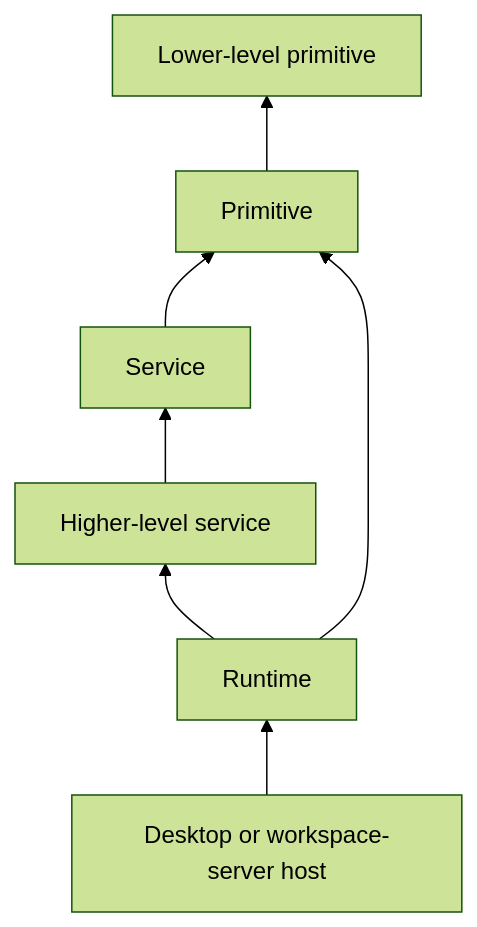
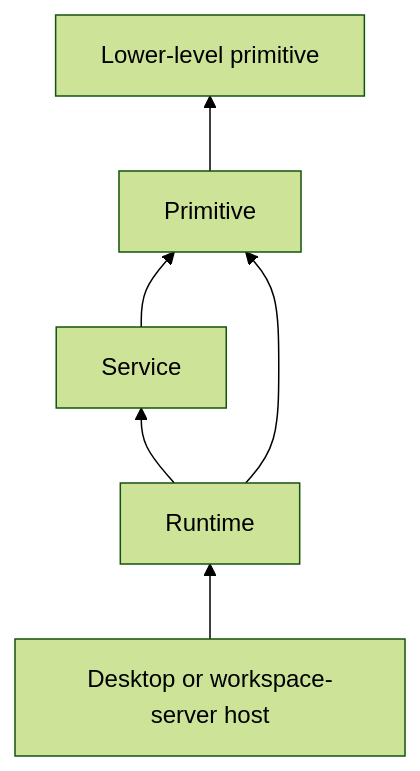
One commit to generalaction/emdash changed the diagram in agents/architecture/core-modules.md. Above: the diagram before and after it, drawn with Mermaid (forest theme). The commit also changed other lines of this file and 42 other files, not shown here.

````diff
--- a/agents/architecture/core-modules.md
+++ b/agents/architecture/core-modules.md
@@ -196,9 +197,8 @@
 ```mermaid
 flowchart BT
   PrimitiveA[Primitive] --> PrimitiveB[Lower-level primitive]
   Service[Service] --> PrimitiveA
-  ServiceHigh[Higher-level service] --> Service
-  Runtime[Runtime] --> ServiceHigh
+  Runtime[Runtime] --> Service
   Runtime --> PrimitiveA
   Host[Desktop or workspace-server host] --> Runtime
 ```
````
